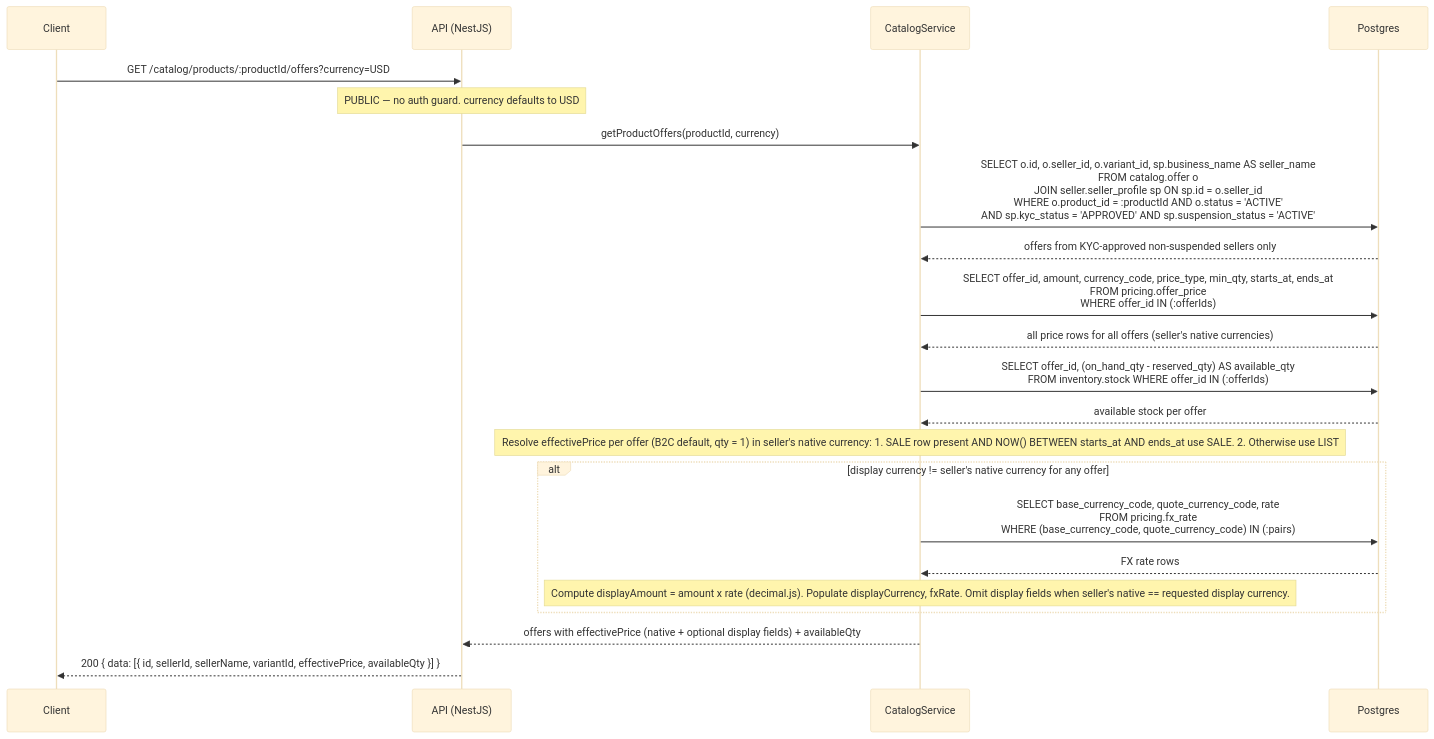
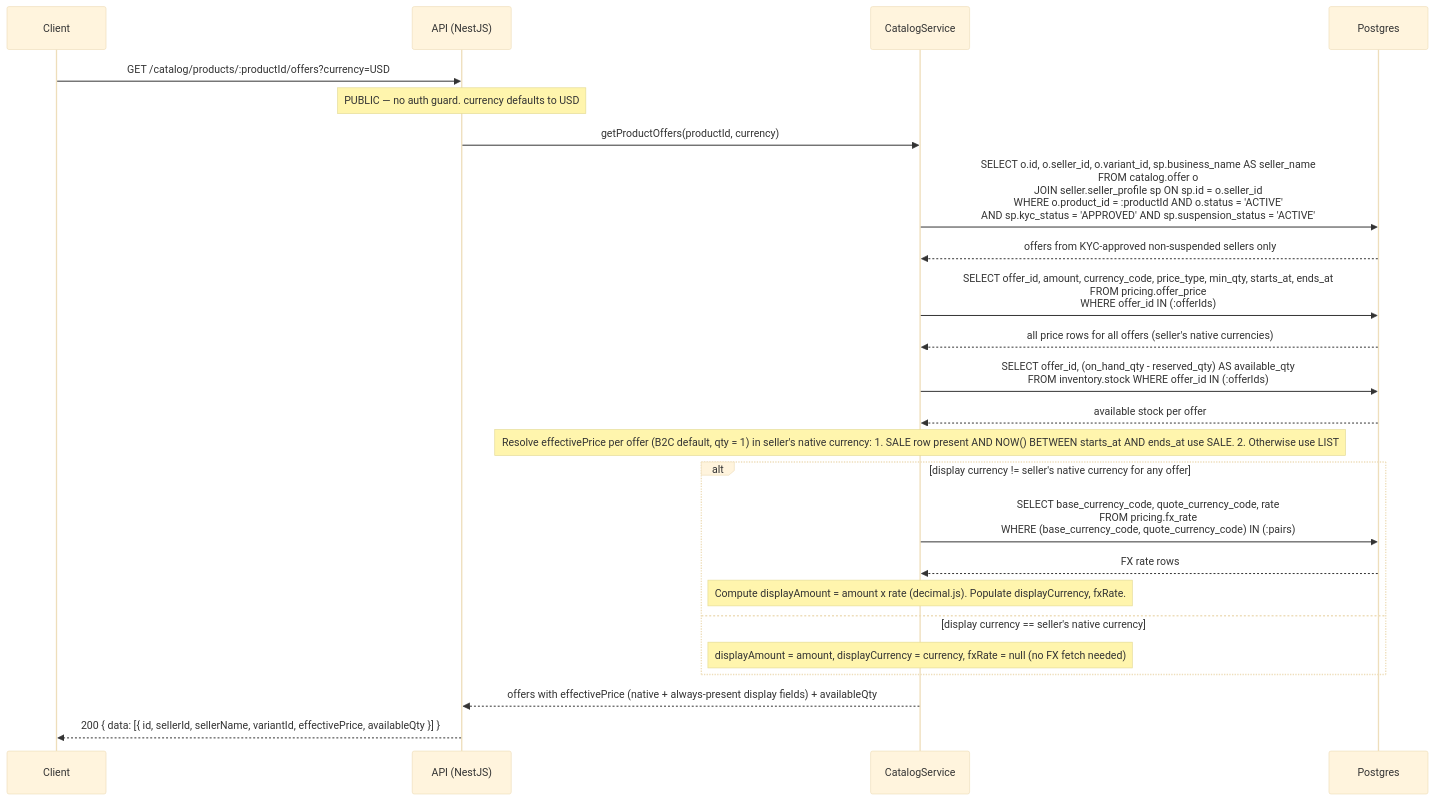
One commit to alisa-uthi/aliceut-ecom-document changed the fifth of 5 diagrams in phase-1/technical-design/api-design/catalog.md. Above: the diagram before and after it, drawn with Mermaid (base theme). The commit also changed other lines of this file and 4 other files, not shown here.

Commit message:
doc: update price display amount logic

````diff
--- a/phase-1/technical-design/api-design/catalog.md
+++ b/phase-1/technical-design/api-design/catalog.md
@@ -288,25 +288,27 @@
 ```mermaid
 sequenceDiagram
     participant Client
     participant API as API (NestJS)
     participant CatalogService
     participant Postgres
 
     Client->>API: GET /catalog/products/:productId/offers?currency=USD
     Note over API: PUBLIC — no auth guard. currency defaults to USD
     API->>CatalogService: getProductOffers(productId, currency)
     CatalogService->>Postgres: SELECT o.id, o.seller_id, o.variant_id, sp.business_name AS seller_name<br/>FROM catalog.offer o<br/>JOIN seller.seller_profile sp ON sp.id = o.seller_id<br/>WHERE o.product_id = :productId AND o.status = 'ACTIVE'<br/>AND sp.kyc_status = 'APPROVED' AND sp.suspension_status = 'ACTIVE'
     Postgres-->>CatalogService: offers from KYC-approved non-suspended sellers only
     CatalogService->>Postgres: SELECT offer_id, amount, currency_code, price_type, min_qty, starts_at, ends_at<br/>FROM pricing.offer_price<br/>WHERE offer_id IN (:offerIds)
     Postgres-->>CatalogService: all price rows for all offers (seller's native currencies)
     CatalogService->>Postgres: SELECT offer_id, (on_hand_qty - reserved_qty) AS available_qty<br/>FROM inventory.stock WHERE offer_id IN (:offerIds)
     Postgres-->>CatalogService: available stock per offer
     Note over CatalogService: Resolve effectivePrice per offer (B2C default, qty = 1) in seller's native currency: 1. SALE row present AND NOW() BETWEEN starts_at AND ends_at use SALE. 2. Otherwise use LIST
     alt display currency != seller's native currency for any offer
         CatalogService->>Postgres: SELECT base_currency_code, quote_currency_code, rate<br/>FROM pricing.fx_rate<br/>WHERE (base_currency_code, quote_currency_code) IN (:pairs)
         Postgres-->>CatalogService: FX rate rows
-        Note over CatalogService: Compute displayAmount = amount x rate (decimal.js). Populate displayCurrency, fxRate. Omit display fields when seller's native == requested display currency.
+        Note over CatalogService: Compute displayAmount = amount x rate (decimal.js). Populate displayCurrency, fxRate.
+    else display currency == seller's native currency
+        Note over CatalogService: displayAmount = amount, displayCurrency = currency, fxRate = null (no FX fetch needed)
     end
-    CatalogService-->>API: offers with effectivePrice (native + optional display fields) + availableQty
+    CatalogService-->>API: offers with effectivePrice (native + always-present display fields) + availableQty
     API-->>Client: 200 { data: [{ id, sellerId, sellerName, variantId, effectivePrice, availableQty }] }
 ```
````
